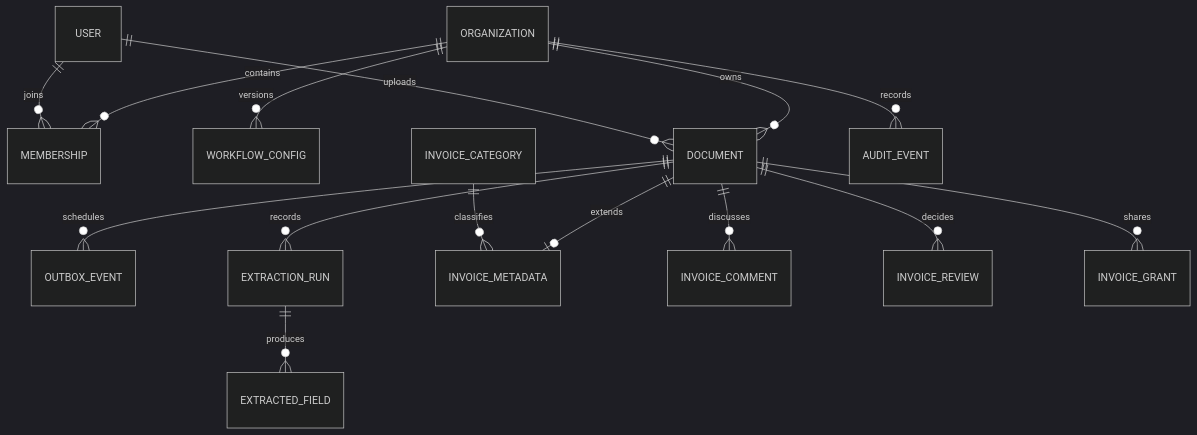
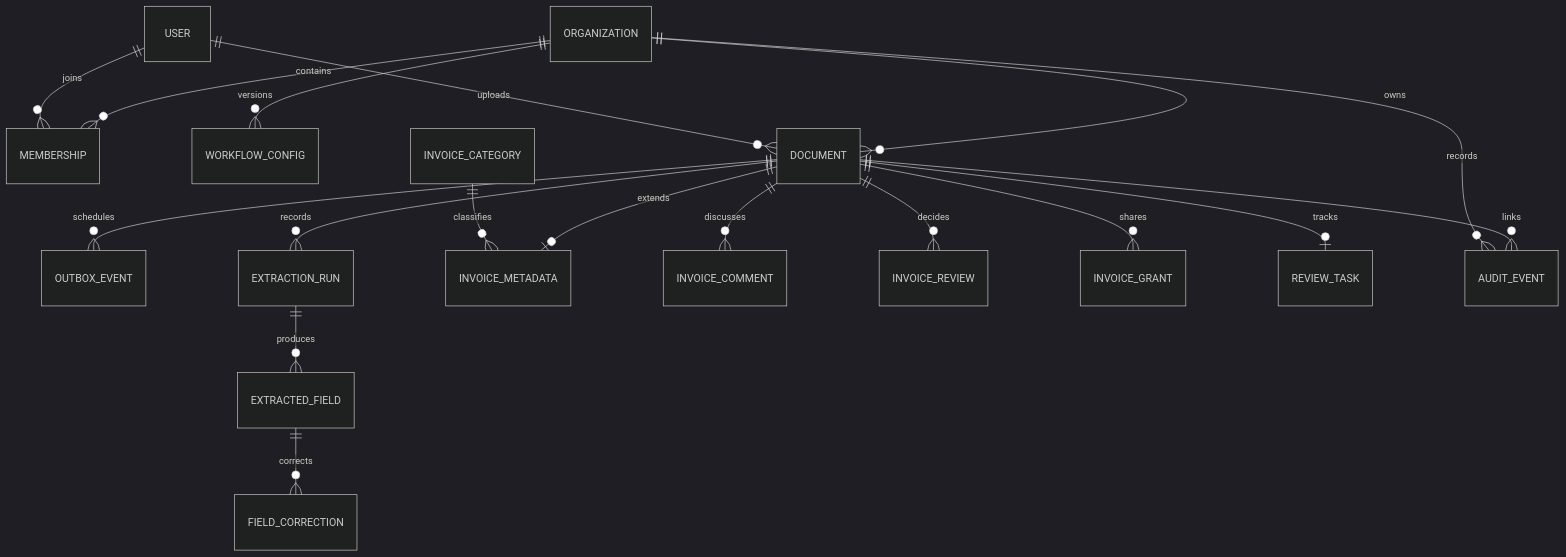
The third of 6 diagrams in SYSTEM_DESIGN.md (Abhinavsuri90/opspilot), drawn with Mermaid (dark theme) before and after one commit. The commit also changed other lines of this file and 49 other files, not shown here.

````diff
--- a/SYSTEM_DESIGN.md
+++ b/SYSTEM_DESIGN.md
@@ -149,17 +152,20 @@
 ```mermaid
 erDiagram
     ORGANIZATION ||--o{ MEMBERSHIP : contains
     USER ||--o{ MEMBERSHIP : joins
     ORGANIZATION ||--o{ WORKFLOW_CONFIG : versions
     ORGANIZATION ||--o{ DOCUMENT : owns
     USER ||--o{ DOCUMENT : uploads
     DOCUMENT ||--o{ OUTBOX_EVENT : schedules
     DOCUMENT ||--o{ EXTRACTION_RUN : records
     EXTRACTION_RUN ||--o{ EXTRACTED_FIELD : produces
     DOCUMENT ||--o| INVOICE_METADATA : extends
     INVOICE_CATEGORY ||--o{ INVOICE_METADATA : classifies
     DOCUMENT ||--o{ INVOICE_COMMENT : discusses
     DOCUMENT ||--o{ INVOICE_REVIEW : decides
     DOCUMENT ||--o{ INVOICE_GRANT : shares
+    EXTRACTED_FIELD ||--o{ FIELD_CORRECTION : corrects
+    DOCUMENT ||--o| REVIEW_TASK : tracks
+    DOCUMENT ||--o{ AUDIT_EVENT : links
     ORGANIZATION ||--o{ AUDIT_EVENT : records
 ```
````
